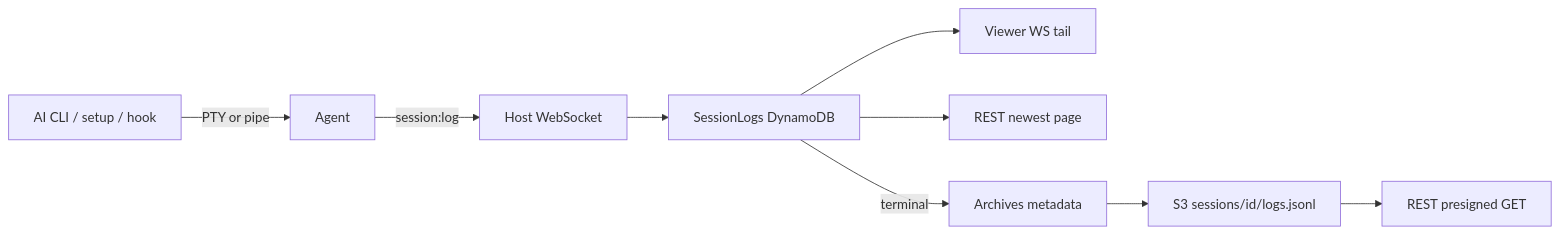
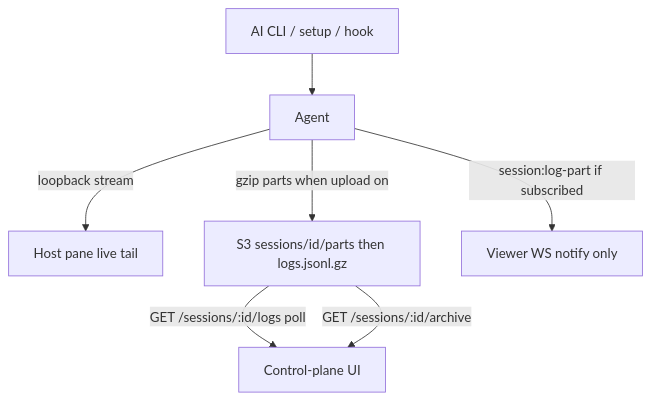
Before and after one commit to jonathanong/auto-harness: the diagram in docs/architecture/logs.md, drawn with Mermaid. The commit also changed other lines of this file and 15 other files, not shown here.

First line of the commit message:
docs: move session log bodies to S3 gzip parts

````diff
--- a/docs/architecture/logs.md
+++ b/docs/architecture/logs.md
@@ -8,11 +9,9 @@
 ```mermaid
-flowchart LR
-    CLI["AI CLI / setup / hook"] -->|PTY or pipe| Agent
-    Agent -->|session:log| WS[Host WebSocket]
-    WS --> Logs[SessionLogs DynamoDB]
-    Logs --> Viewer["Viewer WS tail"]
-    Logs --> REST["REST newest page"]
-    Logs -->|terminal| Meta["Archives metadata"]
-    Meta --> S3["S3 sessions/id/logs.jsonl"]
-    S3 --> GET["REST presigned GET"]
+flowchart TB
+    CLI["AI CLI / setup / hook"] --> Agent
+    Agent -->|"loopback stream"| HostPane["Host pane live tail"]
+    Agent -->|"gzip parts when upload on"| S3["S3 sessions/id/parts then logs.jsonl.gz"]
+    S3 -->|"GET /sessions/:id/logs poll"| CP["Control-plane UI"]
+    S3 -->|"GET /sessions/:id/archive"| CP
+    Agent -->|"session:log-part if subscribed"| Viewers["Viewer WS notify only"]
 ```
````
